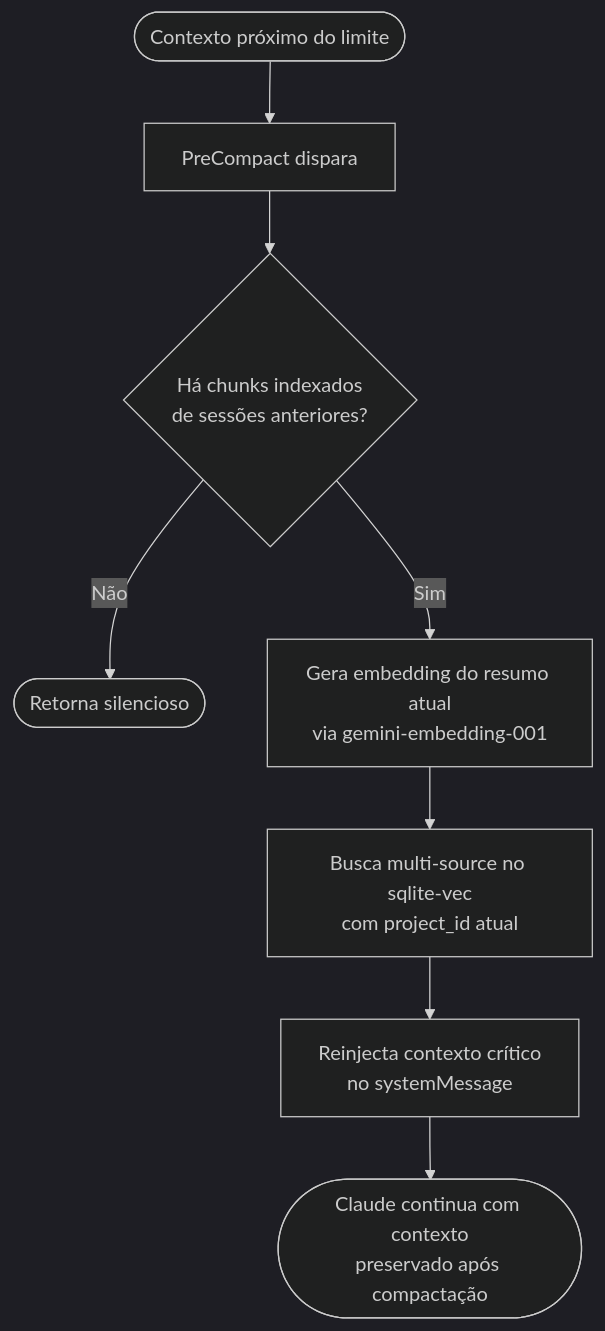
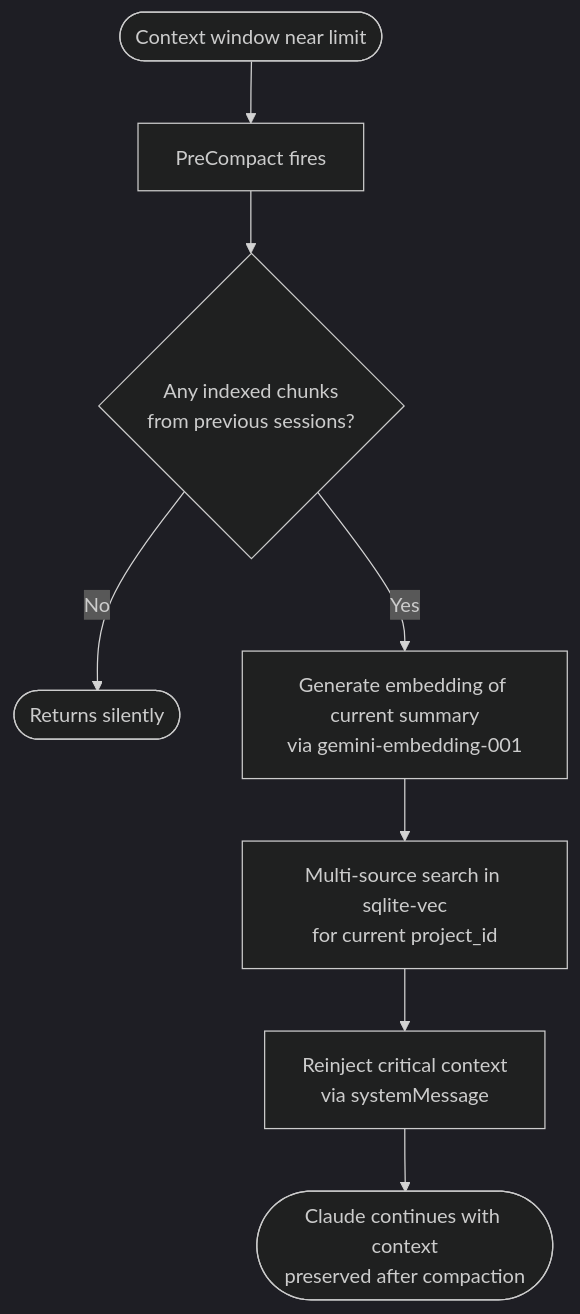
The second of 5 diagrams in FLUXO-ATUAL.md (altvoratech/recall), drawn with Mermaid (dark theme) before and after one commit. The commit also changed other lines of this file and 1 other file, not shown here.

````diff
--- a/FLUXO-ATUAL.md
+++ b/FLUXO-ATUAL.md
@@ -98,12 +123,12 @@
 ```mermaid
 flowchart TD
-    A([Contexto próximo do limite]) --> B[PreCompact dispara]
-    B --> C{Há chunks indexados\nde sessões anteriores?}
-    C -->|Não| D([Retorna silencioso])
-    C -->|Sim| E[Gera embedding do resumo atual\nvia gemini-embedding-001]
+    A([Context window near limit]) --> B[PreCompact fires]
+    B --> C{Any indexed chunks\nfrom previous sessions?}
+    C -->|No| D([Returns silently])
+    C -->|Yes| E[Generate embedding of current summary\nvia gemini-embedding-001]
 
-    E --> F[Busca multi-source no sqlite-vec\ncom project_id atual]
-    F --> G[Reinjecta contexto crítico\nno systemMessage]
+    E --> F[Multi-source search in sqlite-vec\nfor current project_id]
+    F --> G[Reinject critical context\nvia systemMessage]
 
-    G --> H([Claude continua com contexto\npreservado após compactação])
+    G --> H([Claude continues with context\npreserved after compaction])
 ```
````
